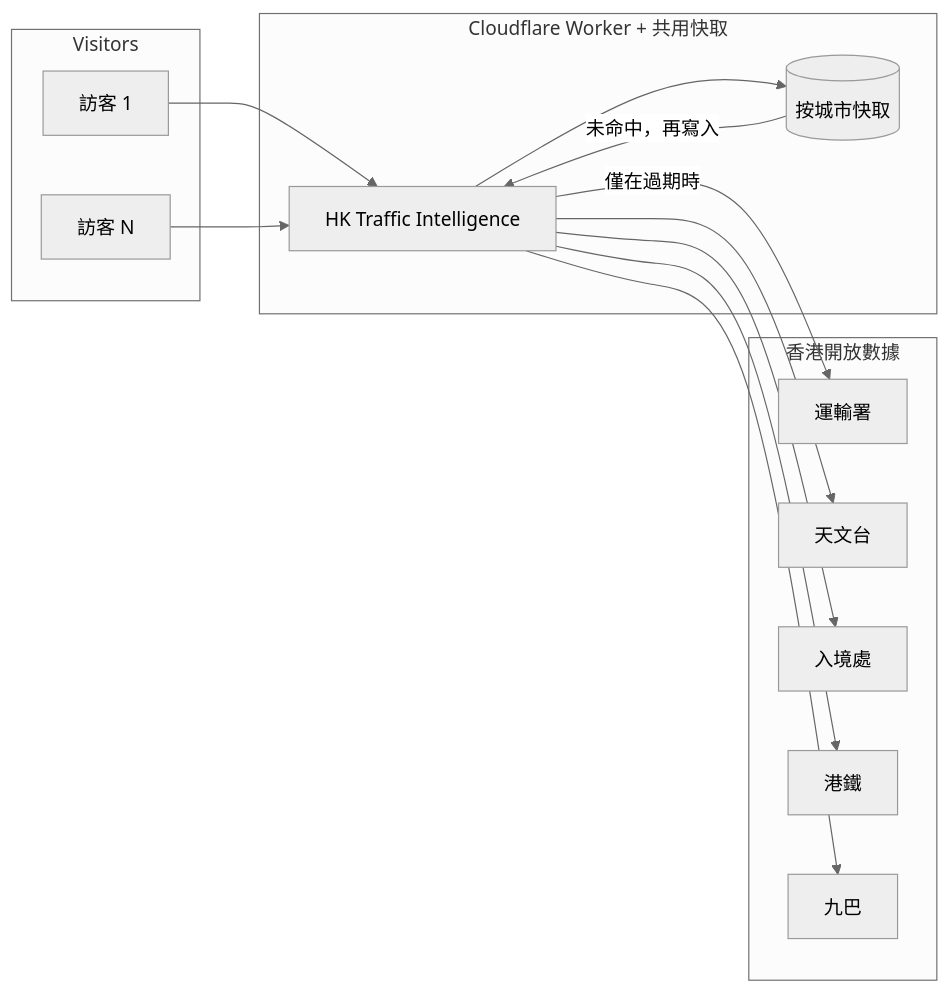
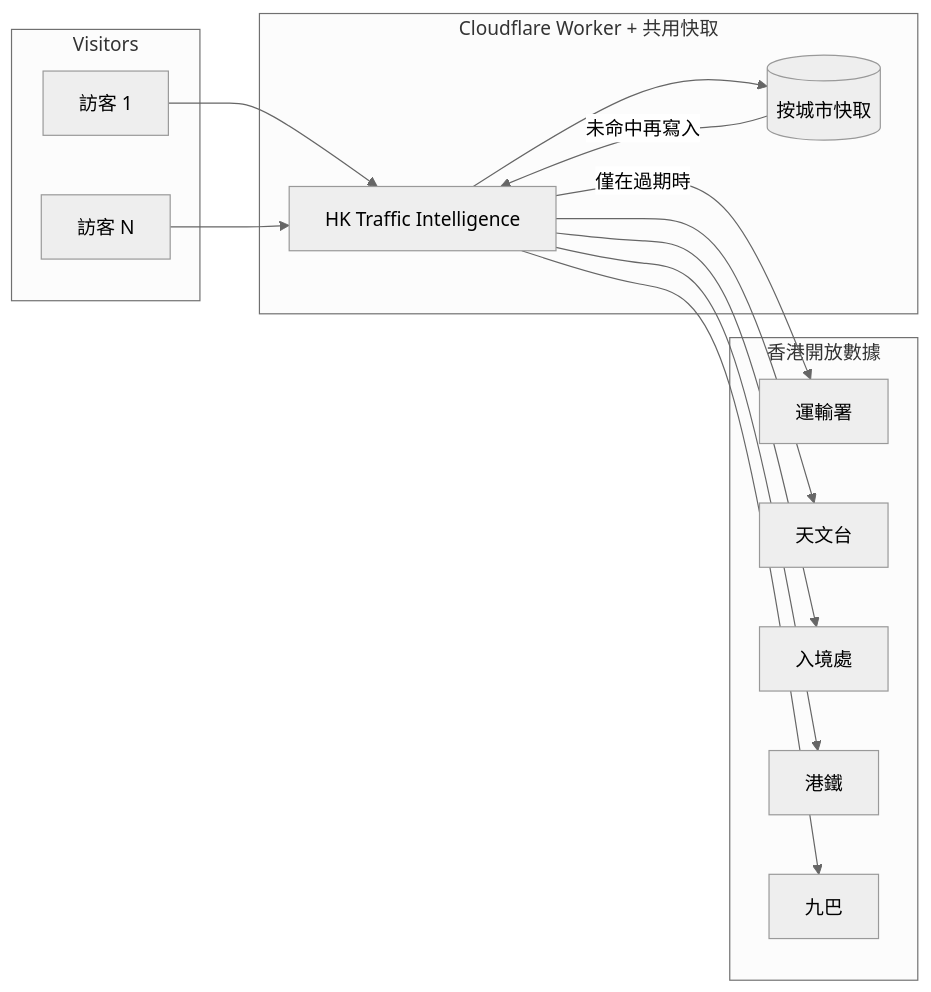
One commit to Kenb007/ken-traffic-intelligence changed the diagram in README.zh-HK.md. Above: the diagram before and after it, drawn with Mermaid (neutral theme). The commit also changed other lines of this file and 1 other file, not shown here.

````diff
--- a/README.zh-HK.md
+++ b/README.zh-HK.md
@@ -70,27 +68,27 @@
 ```mermaid
 flowchart LR
   subgraph Visitors
     U1[訪客 1]
     U2[訪客 N]
   end
   subgraph Edge["Cloudflare Worker + 共用快取"]
     W[HK Traffic Intelligence]
     C[(按城市快取)]
   end
   subgraph Open_data["香港開放數據"]
     TD[運輸署]
     HKO[天文台]
     IMMD[入境處]
     MTR[港鐵]
     KMB[九巴]
   end
   U1 --> W
   U2 --> W
   W --> C
-  C -->|未命中，再寫入| W
+  C -->|未命中再寫入| W
   W -->|僅在過期時| TD
   W --> HKO
   W --> IMMD
   W --> MTR
   W --> KMB
 ```
````
